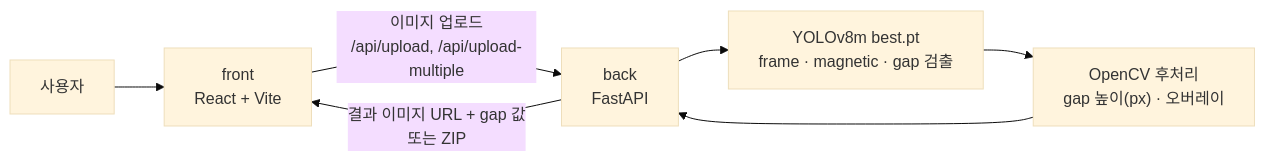
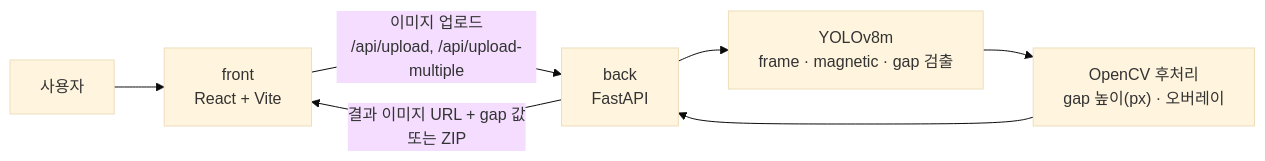
Before and after one commit to alberione1110/VisGAP: the diagram in README.md, drawn with Mermaid (base theme). The commit also changed other lines of this file, not shown here.

````diff
--- a/README.md
+++ b/README.md
@@ -34,9 +34,9 @@
 ```mermaid
 flowchart LR
     U["사용자"] --> F["front<br/>React + Vite"]
     F -- "이미지 업로드<br/>/api/upload, /api/upload-multiple" --> B["back<br/>FastAPI"]
-    B --> M["YOLOv8m best.pt<br/>frame · magnetic · gap 검출"]
+    B --> M["YOLOv8m<br/>frame · magnetic · gap 검출"]
     M --> P["OpenCV 후처리<br/>gap 높이(px) · 오버레이"]
     P --> B
     B -- "결과 이미지 URL + gap 값<br/>또는 ZIP" --> F
 ```
````
